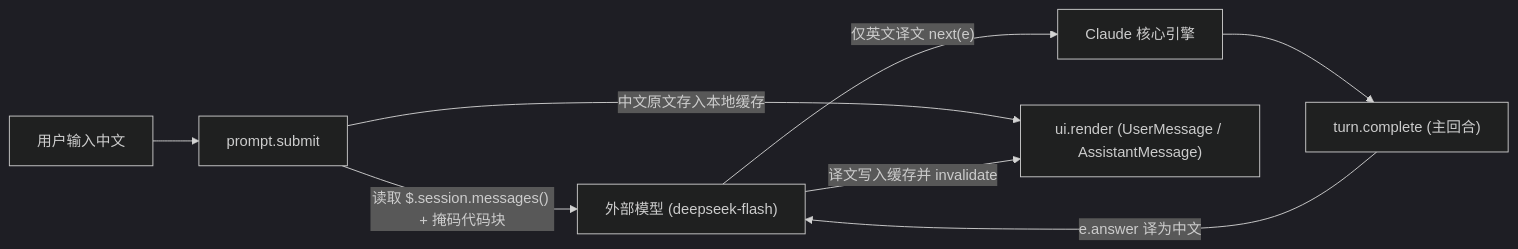
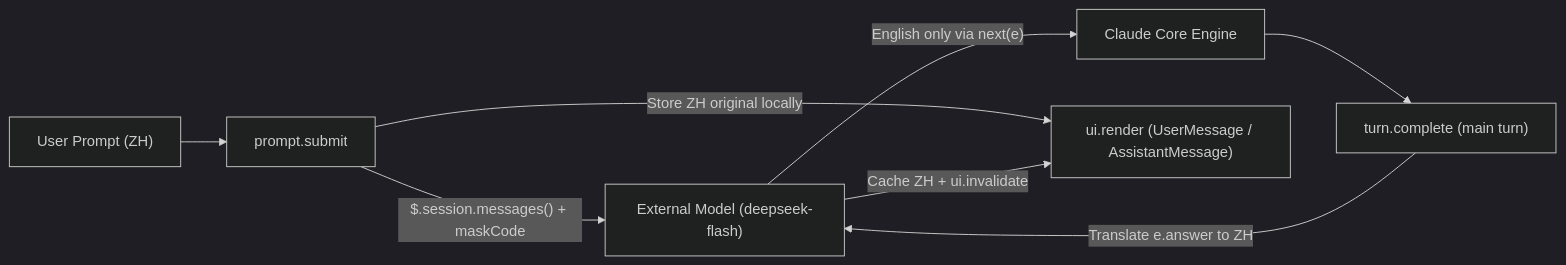
Before and after one commit to Everless321/claude-mods: the diagram in bilingual-translator/README.md, drawn with Mermaid (dark theme). The commit also changed other lines of this file and 1 other file, not shown here.

Commit message:
docs: switch primary documentation to English

````diff
--- a/bilingual-translator/README.md
+++ b/bilingual-translator/README.md
@@ -22,10 +22,10 @@
 ```mermaid
 flowchart LR
-    U["用户输入中文"] --> PS["prompt.submit"]
-    PS -->|"读取 $.session.messages() + 掩码代码块"| EXT["外部模型 (deepseek-flash)"]
-    EXT -->|"仅英文译文 next(e)"| CC["Claude 核心引擎"]
-    PS -->|"中文原文存入本地缓存"| UI["ui.render (UserMessage / AssistantMessage)"]
-    CC --> TC["turn.complete (主回合)"]
-    TC -->|"e.answer 译为中文"| EXT
-    EXT -->|"译文写入缓存并 invalidate"| UI
+    U["User Prompt (ZH)"] --> PS["prompt.submit"]
+    PS -->|"$.session.messages() + maskCode"| EXT["External Model (deepseek-flash)"]
+    EXT -->|"English only via next(e)"| CC["Claude Core Engine"]
+    PS -->|"Store ZH original locally"| UI["ui.render (UserMessage / AssistantMessage)"]
+    CC --> TC["turn.complete (main turn)"]
+    TC -->|"Translate e.answer to ZH"| EXT
+    EXT -->|"Cache ZH + ui.invalidate"| UI
 ```
````
